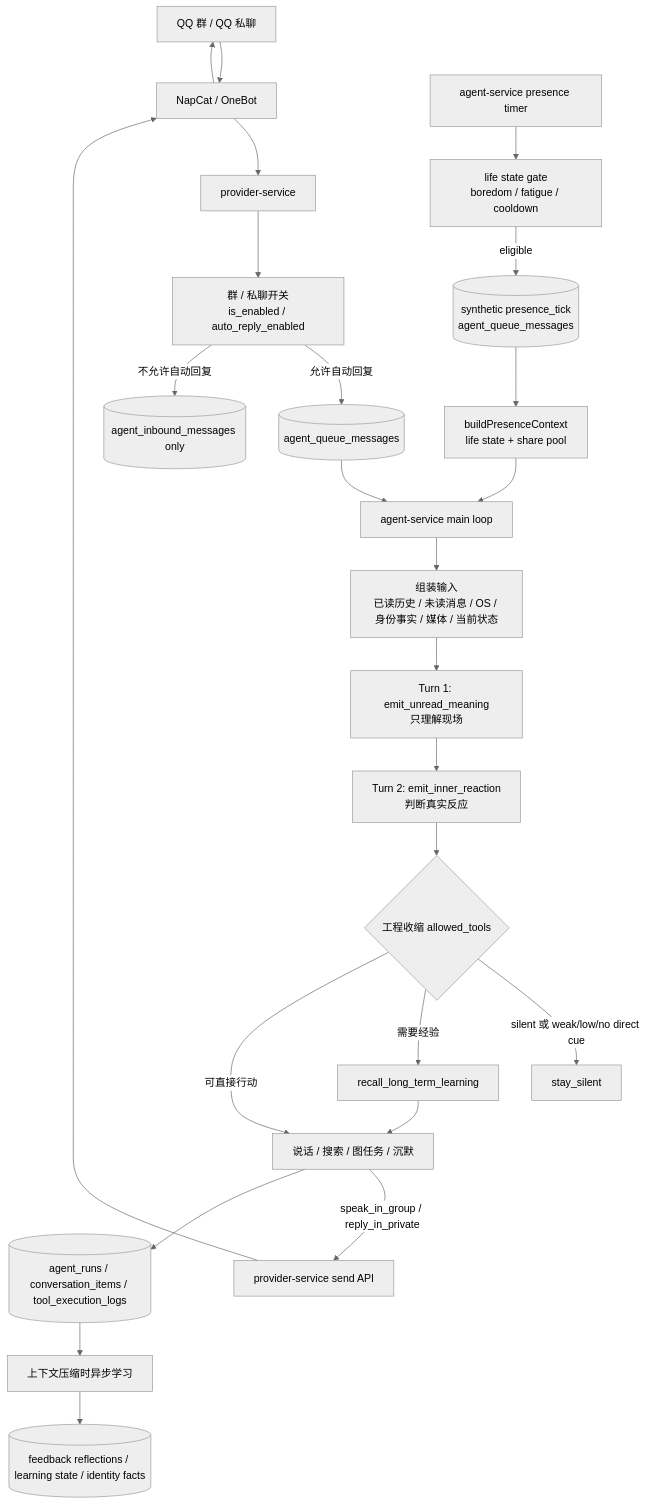
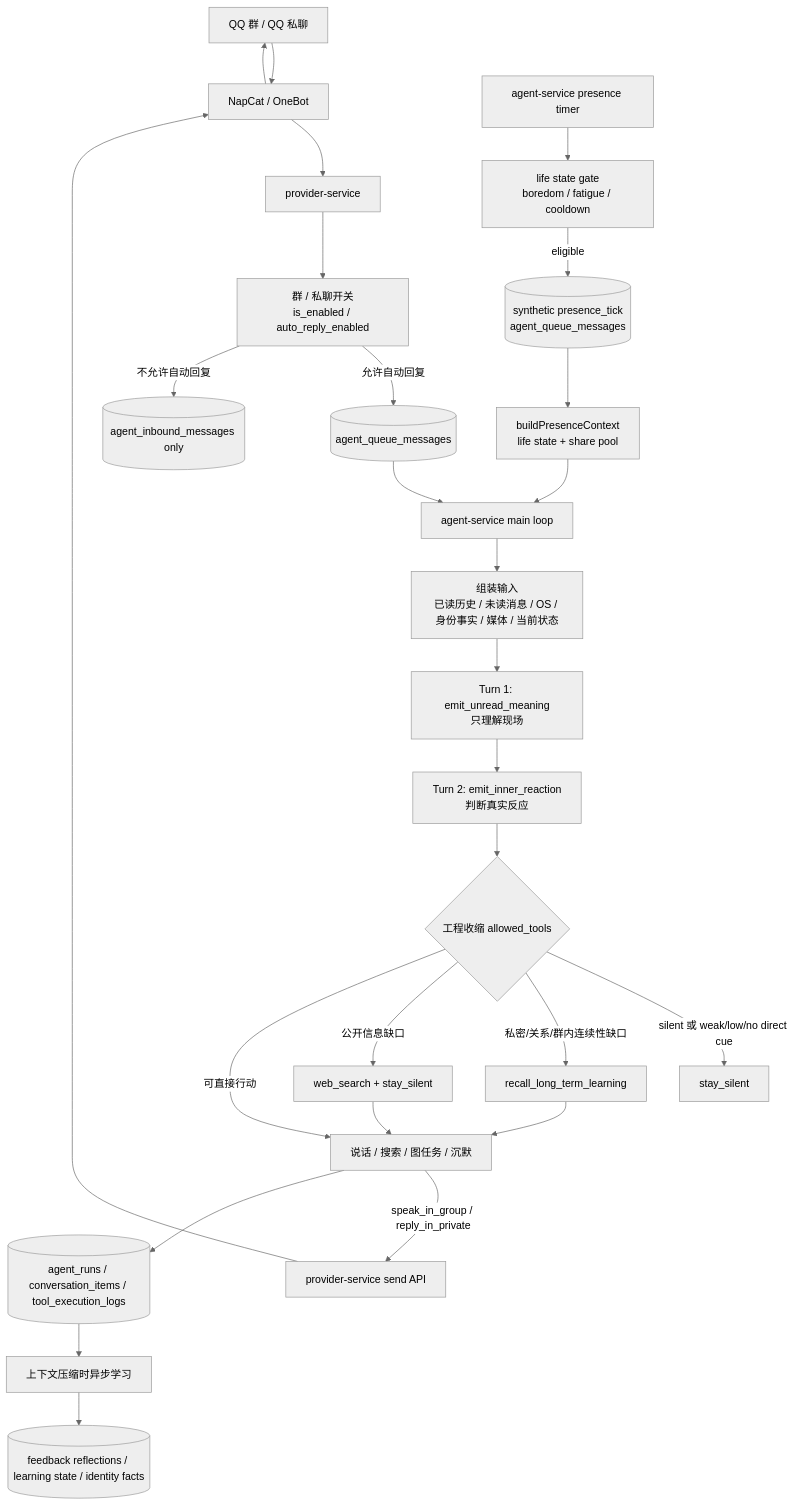
One commit to Hei-AI/xiaoni_cc changed the first of 8 diagrams in docs/XIAONI_SPEAKING_FLOW.md. Above: the diagram before and after it, drawn with Mermaid (neutral theme). The commit also changed other lines of this file and 2 other files, not shown here.

````diff
--- a/docs/XIAONI_SPEAKING_FLOW.md
+++ b/docs/XIAONI_SPEAKING_FLOW.md
@@ -13,31 +13,33 @@
 ```mermaid
 flowchart TD
   QQ[QQ 群 / QQ 私聊] --> NapCat[NapCat / OneBot]
   NapCat --> Provider[provider-service]
 
   Provider --> Policy[群 / 私聊开关<br/>is_enabled / auto_reply_enabled]
   Policy -->|允许自动回复| Queue[(agent_queue_messages)]
   Policy -->|不允许自动回复| InboxOnly[(agent_inbound_messages only)]
 
   AgentTimer[agent-service presence timer] --> LifeGate[life state gate<br/>boredom / fatigue / cooldown]
   LifeGate -->|eligible| PresenceQueue[(synthetic presence_tick<br/>agent_queue_messages)]
 
   Queue --> Loop[agent-service main loop]
   PresenceQueue --> PresenceCtx[buildPresenceContext<br/>life state + share pool]
   PresenceCtx --> Loop
 
   Loop --> Context[组装输入<br/>已读历史 / 未读消息 / OS / 身份事实 / 媒体 / 当前状态]
   Context --> U1[Turn 1: emit_unread_meaning<br/>只理解现场]
   U1 --> U2[Turn 2: emit_inner_reaction<br/>判断真实反应]
   U2 --> Gate{工程收缩 allowed_tools}
   Gate -->|silent 或 weak/low/no direct cue| Silent[stay_silent]
-  Gate -->|需要经验| Recall[recall_long_term_learning]
+  Gate -->|私密/关系/群内连续性缺口| Recall[recall_long_term_learning]
+  Gate -->|公开信息缺口| Search[web_search + stay_silent]
   Recall --> Action[说话 / 搜索 / 图任务 / 沉默]
+  Search --> Action
   Gate -->|可直接行动| Action
   Action -->|speak_in_group / reply_in_private| ProviderSend[provider-service send API]
   ProviderSend --> NapCat --> QQ
 
   Action --> Record[(agent_runs / conversation_items / tool_execution_logs)]
   Record --> Learn[上下文压缩时异步学习]
   Learn --> Memory[(feedback reflections / learning state / identity facts)]
 ```
````
